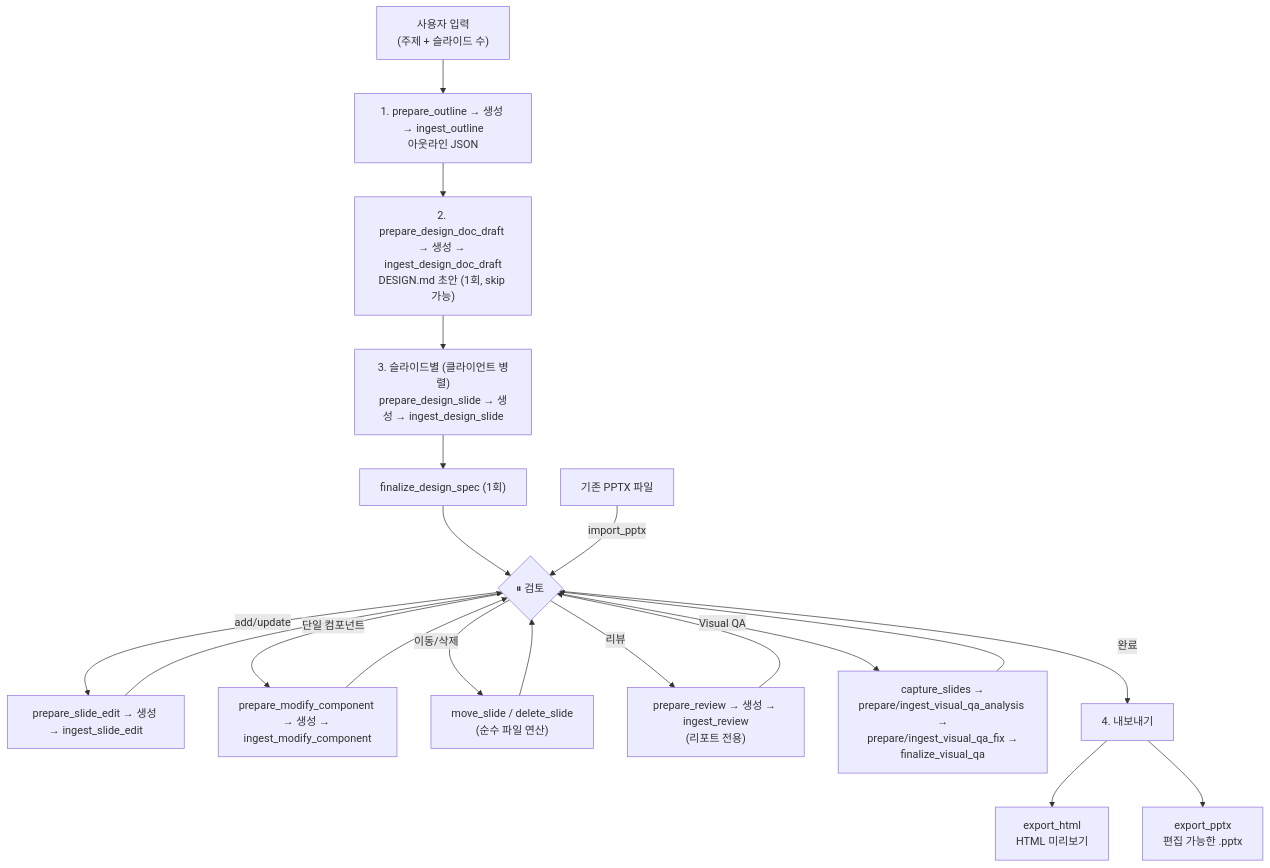
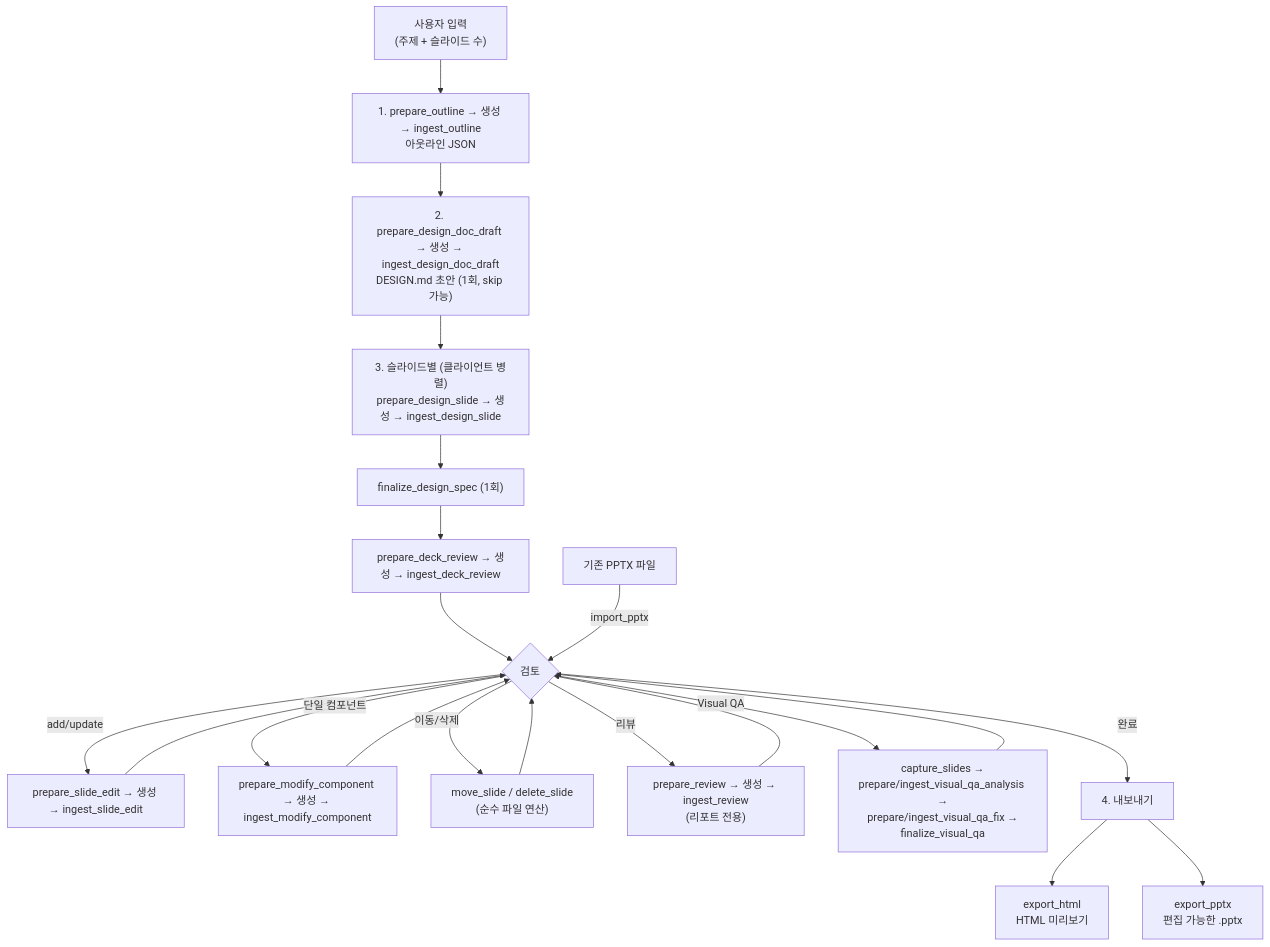
One commit to haandol/ppt-generator changed the third of 3 diagrams in docs/harness/architecture.md. Above: the diagram before and after it, drawn with Mermaid. The commit also changed other lines of this file and 46 other files, not shown here.

````diff
--- a/docs/harness/architecture.md
+++ b/docs/harness/architecture.md
@@ -58,23 +59,24 @@
 ```mermaid
 flowchart TD
     A["사용자 입력\n(주제 + 슬라이드 수)"] --> B["1. prepare_outline → 생성 → ingest_outline\n아웃라인 JSON"]
     B --> D["2. prepare_design_doc_draft → 생성 → ingest_design_doc_draft\nDESIGN.md 초안 (1회, skip 가능)"]
     D --> E["3. 슬라이드별 (클라이언트 병렬)\nprepare_design_slide → 생성 → ingest_design_slide"]
     E --> F["finalize_design_spec (1회)"]
-    F --> G{"⏸ 검토"}
+    F --> DR["prepare_deck_review → 생성 → ingest_deck_review"]
+    DR --> G{"검토"}
     G -->|"add/update"| H["prepare_slide_edit → 생성 → ingest_slide_edit"]
     H --> G
     G -->|"단일 컴포넌트"| M["prepare_modify_component → 생성 → ingest_modify_component"]
     M --> G
     G -->|"이동/삭제"| O["move_slide / delete_slide\n(순수 파일 연산)"]
     O --> G
     G -->|"리뷰"| R["prepare_review → 생성 → ingest_review\n(리포트 전용)"]
     R --> G
     G -->|"Visual QA"| V["capture_slides →\nprepare/ingest_visual_qa_analysis →\nprepare/ingest_visual_qa_fix →\nfinalize_visual_qa"]
     V --> G
     G -->|"완료"| I["4. 내보내기"]
     I --> J["export_html\nHTML 미리보기"]
     I --> K["export_pptx\n편집 가능한 .pptx"]
 
     L["기존 PPTX 파일"] -->|"import_pptx"| G
 ```
````
